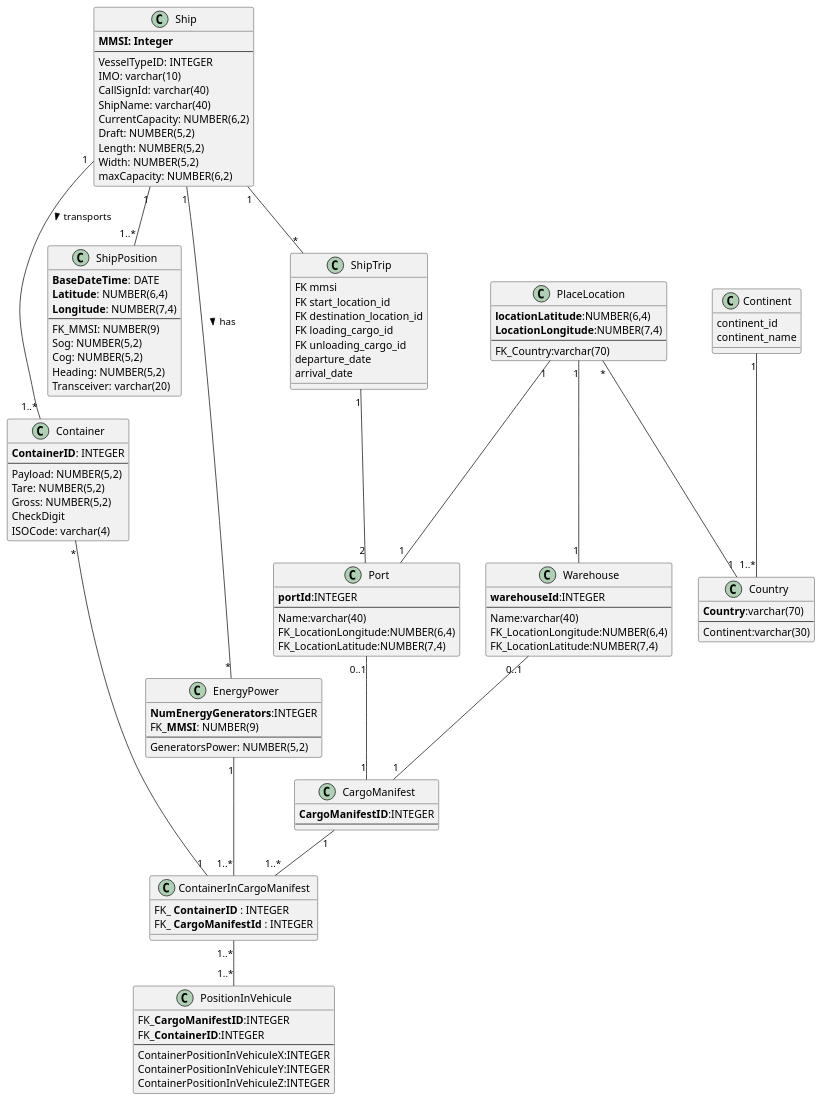
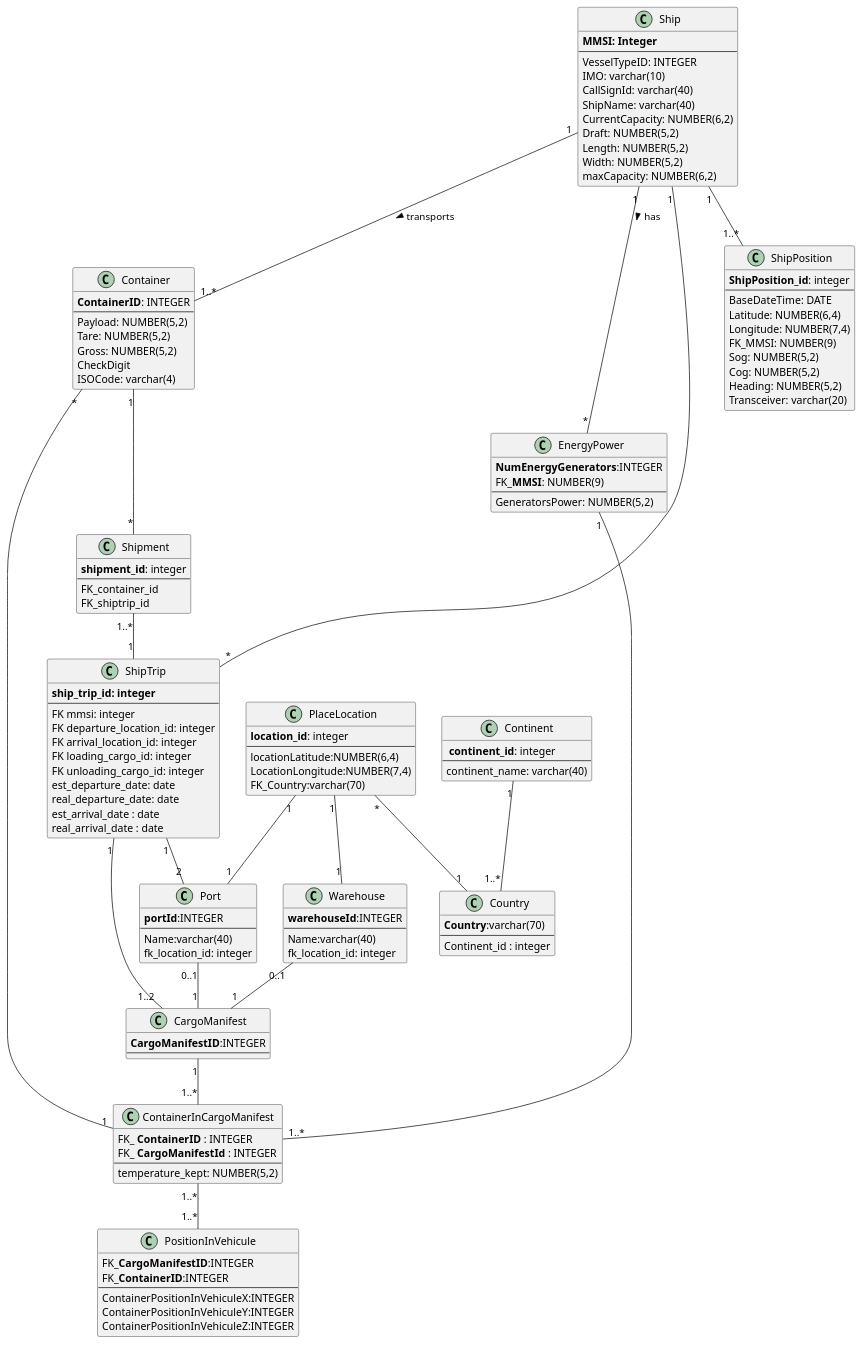
Before and after one commit to ana-albergaria/LAPR3-ISEP: the diagram in docs/US203/Data_Model_Physical.puml, drawn with PlantUML. The commit also changed 10 other files, not shown here.

```diff
--- a/docs/US203/Data_Model_Physical.puml
+++ b/docs/US203/Data_Model_Physical.puml
@@ -1,183 +1,199 @@
 @startuml
 'https://plantuml.com/class-diagram
 
 /'class Company{
 
 }'/
 
 /'
 1.In a ship trip does it have legs within the route
 2. How to know which container should be offloaded
 3. A concept of order that relates container with shipTrip directly
 makes sense to know which containers are going to be offloaded?
 
 '/
 
 class Ship{
     **MMSI: Integer**
     ---
     VesselTypeID: INTEGER
     IMO: varchar(10)
     CallSignId: varchar(40)
     ShipName: varchar(40)
     CurrentCapacity: NUMBER(6,2)
     Draft: NUMBER(5,2)
     Length: NUMBER(5,2)
     Width: NUMBER(5,2)
     maxCapacity: NUMBER(6,2)
 }
 
 class ShipTrip{
-    FK mmsi
-    FK start_location_id
-    FK destination_location_id
-    FK loading_cargo_id
-    FK unloading_cargo_id
-    departure_date
-    arrival_date
+    **ship_trip_id: integer**
+    ---
+    FK mmsi: integer
+    FK departure_location_id: integer
+    FK arrival_location_id: integer
+    FK loading_cargo_id: integer
+    FK unloading_cargo_id: integer
+    est_departure_date: date
+    real_departure_date: date
+    est_arrival_date : date
+    real_arrival_date : date
 }
 /'class TripLeg{
 
 }'/
 
 /'class ContainerOrder{
     **container_order_id**
     --
     FK container_id
     FK ship_trip_id
     start_location_id
 }'/
 
 class Continent{
-    continent_id
-    continent_name
+   ** continent_id**: integer
+   ---
+    continent_name: varchar(40)
 }
 
 class ShipPosition{
-    **BaseDateTime**: DATE
-    **Latitude**: NUMBER(6,4)
-    **Longitude**: NUMBER(7,4)
-    --
+    **ShipPosition_id**: integer
+    ---
+    BaseDateTime: DATE
+    Latitude: NUMBER(6,4)
+    Longitude: NUMBER(7,4)
     FK_MMSI: NUMBER(9)
     Sog: NUMBER(5,2)
     Cog: NUMBER(5,2)
     Heading: NUMBER(5,2)
     Transceiver: varchar(20)
 }
 
 /' ShipPosition - BaseDateTime, MMSI'/
 
 class Container{
     **ContainerID**: INTEGER
     --
     Payload: NUMBER(5,2)
     Tare: NUMBER(5,2)
     Gross: NUMBER(5,2)
     CheckDigit
     ISOCode: varchar(4)
 }
 
 
 
 class EnergyPower{
     **NumEnergyGenerators**:INTEGER
     FK_**MMSI**: NUMBER(9)
     ---
     GeneratorsPower: NUMBER(5,2)
 }
 /'refrigeration state is ambigous'/
 
 /'manifest type(loading, unloading) changes its values'/
 class CargoManifest{
     **CargoManifestID**:INTEGER
     ---
 /'    FK_port_id:INTEGER
     FK_MMSI:NUMBER(9)'/
 }
 
 class PositionInVehicule{
     FK_**CargoManifestID**:INTEGER
     FK_**ContainerID**:INTEGER
     ---
     ContainerPositionInVehiculeX:INTEGER
     ContainerPositionInVehiculeY:INTEGER
     ContainerPositionInVehiculeZ:INTEGER
 }
 
 class Port {
     **portId**:INTEGER
     ---
     Name:varchar(40)
-    FK_LocationLongitude:NUMBER(6,4)
-    FK_LocationLatitude:NUMBER(7,4)
+    fk_location_id: integer
 }
 
 class Warehouse {
     **warehouseId**:INTEGER
     ---
     Name:varchar(40)
-    FK_LocationLongitude:NUMBER(6,4)
-    FK_LocationLatitude:NUMBER(7,4)
+    fk_location_id: integer
 }
 
 class Country{
     **Country**:varchar(70)
     ---
-    Continent:varchar(30)
+    Continent_id : integer
 }
 
 class PlaceLocation{
-    **locationLatitude**:NUMBER(6,4)
-    **LocationLongitude**:NUMBER(7,4)
+    **location_id**: integer
     ---
+    locationLatitude:NUMBER(6,4)
+    LocationLongitude:NUMBER(7,4)
     FK_Country:varchar(70)
 }
 
 class ContainerInCargoManifest{
     FK_** ContainerID **: INTEGER
     FK_** CargoManifestId **: INTEGER
+    --
+    temperature_kept: NUMBER(5,2)
 }
+
+class Shipment{
+    **shipment_id**: integer
+    --
+    FK_container_id
+    FK_shiptrip_id
+}
+
 
 
 /'class Truck{
     truckID
 }
 
 class Transports{
     truckId FK
     warehouseId FK
 }'/
 
 
 
 
 Ship "1" -- "1..*" Container : transports >
 Ship "1" -- "1..*" ShipPosition
 /'Docking "1" -- "1..2" CargoManifest'/
 ShipTrip "1" -- "2" Port
 
 Ship "1" -- "*" ShipTrip
 CargoManifest "1" -- "1..*" ContainerInCargoManifest
 Container "*" -- "1" ContainerInCargoManifest
 /'Truck "1" -- "1..*" CargoManifest'/
 /'
 Truck "*" -- "1" Container
 '/
 Port "0..1" -- "1" CargoManifest
 Warehouse "0..1" -- "1" CargoManifest
 PlaceLocation "*" -- "1" Country
 Continent "1" -- "1..*" Country
 PlaceLocation "1" -- "1" Port
 PlaceLocation "1" -- "1" Warehouse
 
 /'Relacoes N para N, falta relacao'/
 /'
 Truck "1..*" -- "1..*" Warehouse
 '/
 /'Ship "1" -- "*" Docking'/
-/'ShipTrip "1" -- "2" Docking'/
+ShipTrip "1" -- "1..2" CargoManifest
 Ship "1" -- "*" EnergyPower : has >
 ContainerInCargoManifest "1..*" -- "1..*" PositionInVehicule
 EnergyPower "1" -- "1..*" ContainerInCargoManifest
-
+Container "1" -- "*" Shipment
+Shipment "1..*" -- "1" ShipTrip
 @enduml
```
